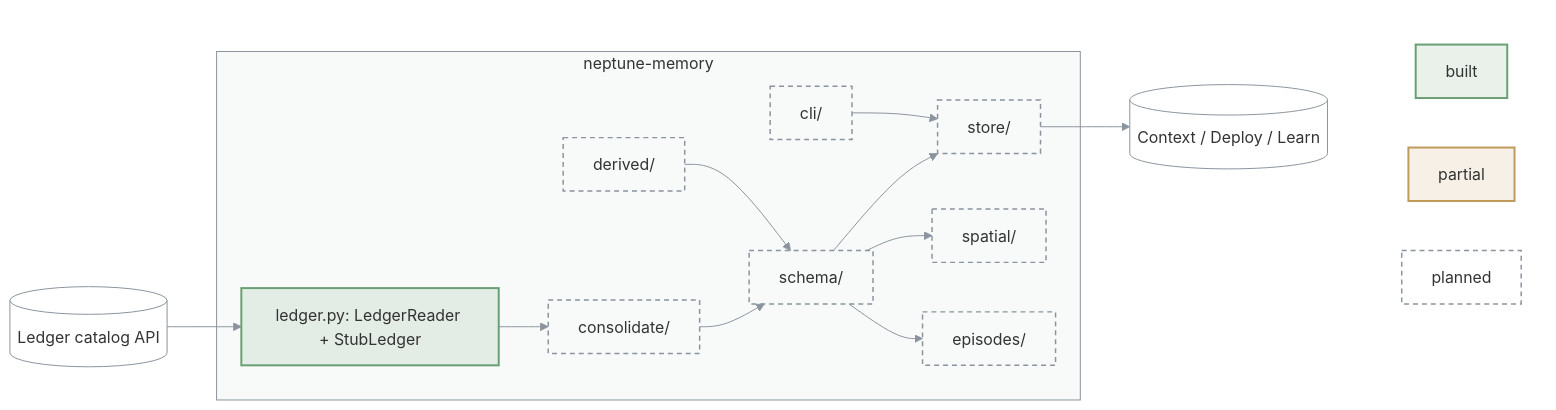
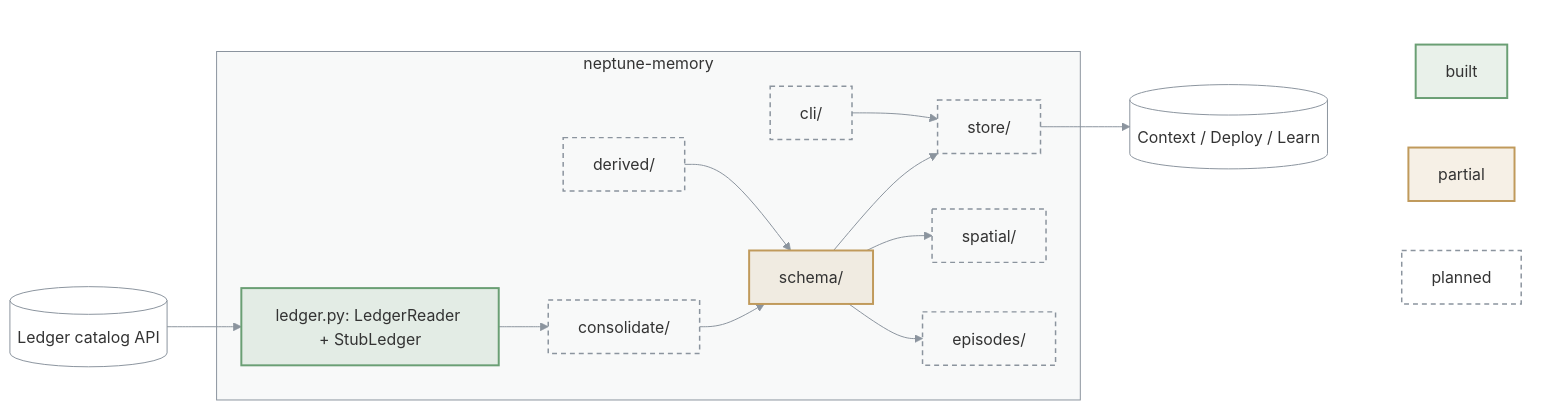
One commit to bennytay/neptune changed the diagram in packages/neptune-memory/ARCHITECTURE.md. Above: the diagram before and after it, drawn with Mermaid. The commit also changed 3 other files, not shown here.

First line of the commit message:
docs(memory): ADR 0002 graph tiers, node and edge schema, bi-temporal claims

````diff
--- a/packages/neptune-memory/ARCHITECTURE.md
+++ b/packages/neptune-memory/ARCHITECTURE.md
@@ -3,40 +3,41 @@
 ```mermaid
 flowchart LR
   LED[("Ledger catalog API")]
   subgraph M["neptune-memory"]
     SEAM["ledger.py: LedgerReader + StubLedger"]
     CON["consolidate/"]
     DER["derived/"]
     SCH["schema/"]
     STO["store/"]
     SPA["spatial/"]
     EPI["episodes/"]
     CLI["cli/"]
   end
   OUT[("Context / Deploy / Learn")]
   LED --> SEAM --> CON --> SCH --> STO
   DER --> SCH
   SCH --> SPA & EPI
   STO --> OUT
   CLI --> STO
 
   subgraph KEY[" "]
     K1["built"]
     K2["partial"]
     K3["planned"]
   end
   OUT ~~~ K1 & K2 & K3
 
   classDef built fill:#6a9f7426,stroke:#6a9f74,stroke-width:2px
   classDef partial fill:#c09a5b26,stroke:#c09a5b,stroke-width:2px
   classDef todo fill:none,stroke:#8b949e,stroke-width:1.5px,stroke-dasharray:5 4
   classDef ext fill:none,stroke:#8b949e,stroke-width:1px
   class K1 built
   class K2 partial
-  class CON,DER,SCH,STO,SPA,EPI,CLI,K3 todo
+  class CON,DER,STO,SPA,EPI,CLI,K3 todo
+  class SCH partial
   class SEAM built
   class LED,OUT ext
   style M fill:#8b949e0f,stroke:#8b949e
   style KEY fill:none,stroke:none
   linkStyle default stroke:#8b949e
 ```
````
